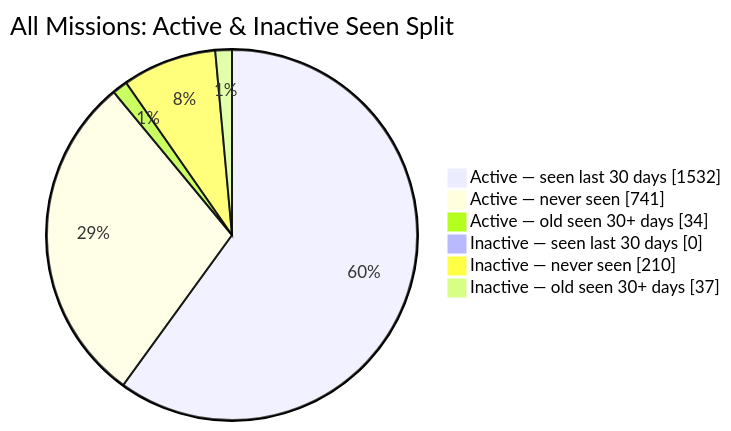
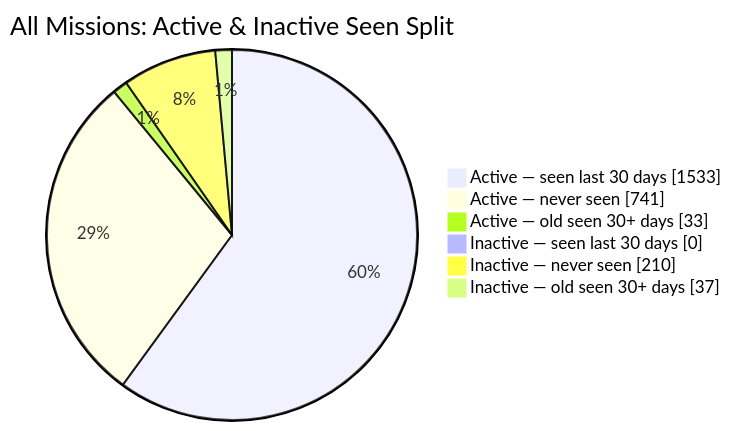
The second of 2 diagrams in README.md (MeldkamerspelGameTeam/active-missions), drawn with Mermaid before and after one commit. The commit also changed other lines of this file and 3 other files, not shown here.

````diff
--- a/README.md
+++ b/README.md
@@ -44,10 +44,10 @@
 ```mermaid
 pie showData
     title All Missions: Active & Inactive Seen Split
-    "Active — seen last 30 days" : 1532
+    "Active — seen last 30 days" : 1533
     "Active — never seen" : 741
-    "Active — old seen 30+ days" : 34
+    "Active — old seen 30+ days" : 33
     "Inactive — seen last 30 days" : 0
     "Inactive — never seen" : 210
     "Inactive — old seen 30+ days" : 37
 ```
````
